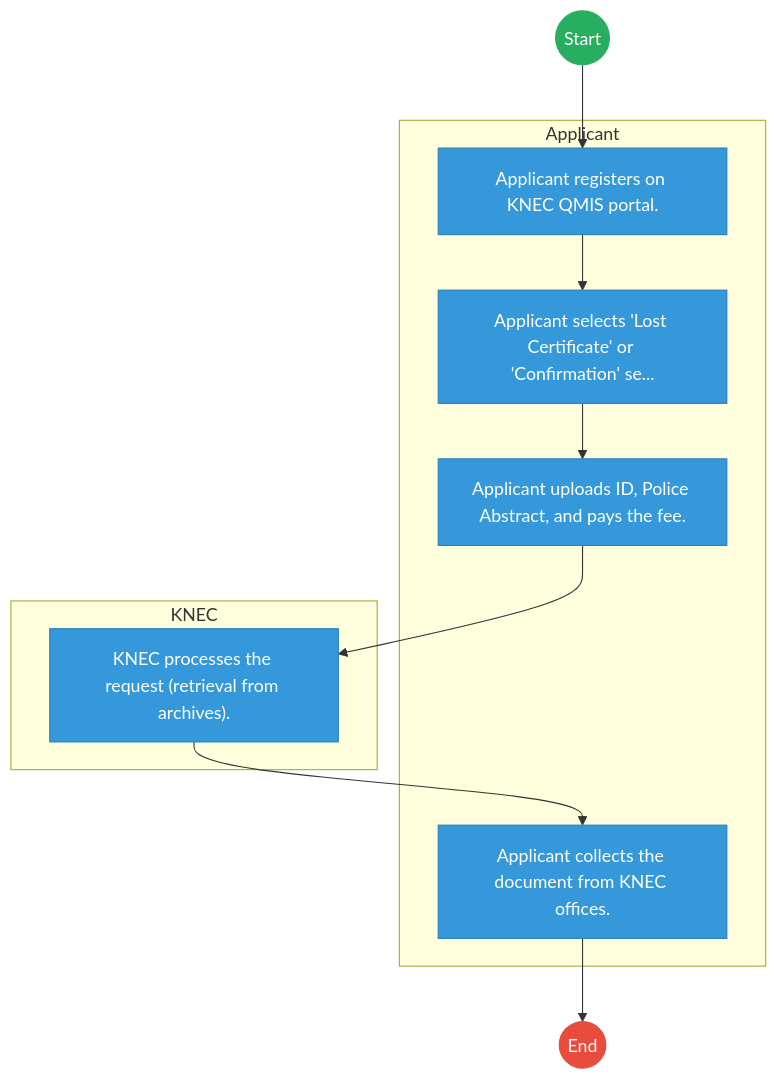
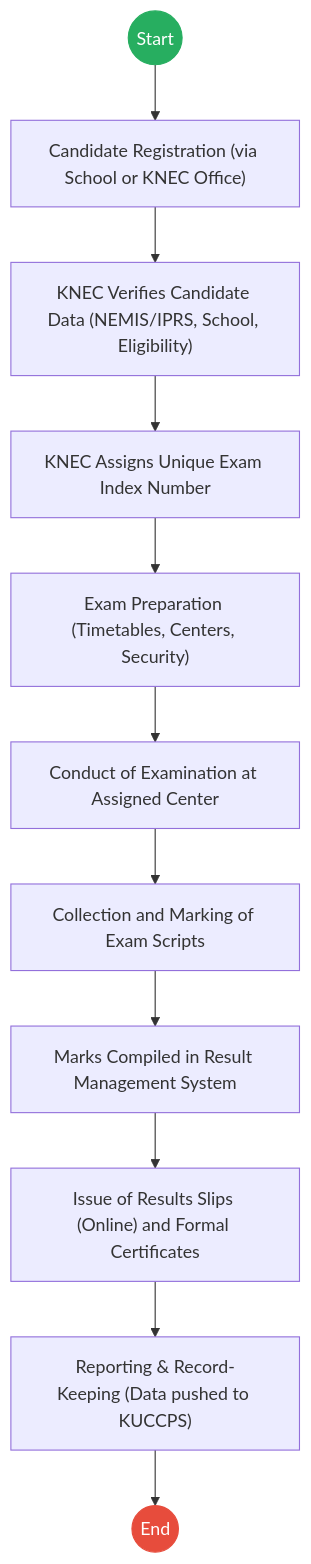
The first of 2 diagrams in mdas/docs_final/Kenya_National_Examinations_Council___Service_Delivery.md (BITZ-IT-Consulting-LTD/ictapoc), drawn with Mermaid before and after one commit. The commit also changed other lines of this file and 6 other files, not shown here.

````diff
--- a/mdas/docs_final/Kenya_National_Examinations_Council___Service_Delivery.md
+++ b/mdas/docs_final/Kenya_National_Examinations_Council___Service_Delivery.md
@@ -20,29 +20,18 @@
 ```mermaid
 graph TD
     Start((Start)) --> S1
-
-    subgraph Applicant [Applicant]
-        S1["Applicant registers on KNEC QMIS portal."]
-        S2["Applicant selects 'Lost Certificate' or 'Confirmation' se..."]
-        S3["Applicant uploads ID, Police Abstract, and pays the fee."]
-        S5["Applicant collects the document from KNEC offices."]
-    end
-
-    subgraph KNEC [KNEC]
-        S4["KNEC processes the request (retrieval from archives)."]
-    end
-    S1 --> S2
-    S2 --> S3
-    S3 --> S4
-    S4 --> S5
-    S5 --> End((End))
+    S1["Candidate Registration (via School or KNEC Office)"] --> S2
+    S2["KNEC Verifies Candidate Data (NEMIS/IPRS, School, Eligibility)"] --> S3
+    S3["KNEC Assigns Unique Exam Index Number"] --> S4
+    S4["Exam Preparation (Timetables, Centers, Security)"] --> S5
+    S5["Conduct of Examination at Assigned Center"] --> S6
+    S6["Collection and Marking of Exam Scripts"] --> S7
+    S7["Marks Compiled in Result Management System"] --> S8
+    S8["Issue of Results Slips (Online) and Formal Certificates"] --> S9
+    S9["Reporting & Record-Keeping (Data pushed to KUCCPS)"] --> End((End))
 
     classDef start fill:#27ae60,stroke:#27ae60,color:#fff;
     classDef endNode fill:#e74c3c,stroke:#e74c3c,color:#fff;
-    classDef userTask fill:#3498db,stroke:#2980b9,color:#fff;
-    classDef serviceTask fill:#9b59b6,stroke:#8e44ad,color:#fff;
-
     class Start start;
     class End endNode;
-    class S1,S2,S3,S4,S5 userTask;
 ```
````
